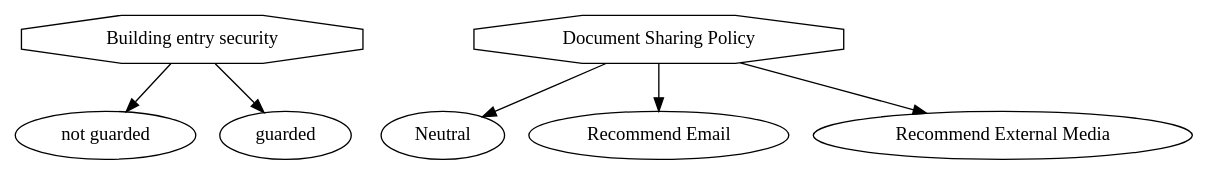
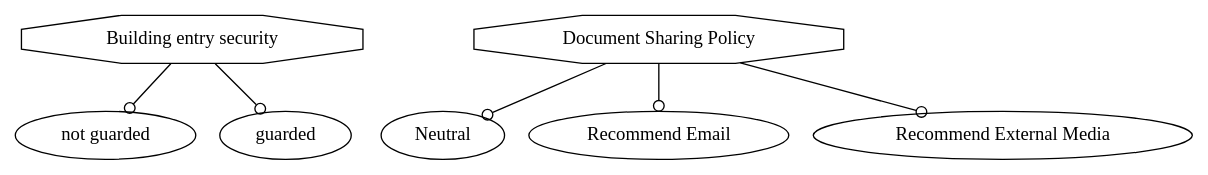
Before and after one commit to sbusari/RADAR2: the diagram in uk.ac.ucl.cs.results/BSPDM/graph/dgraph.dot, drawn with Graphviz. The commit also changed 46 other files, not shown here.

```diff
--- a/uk.ac.ucl.cs.results/BSPDM/graph/dgraph.dot
+++ b/uk.ac.ucl.cs.results/BSPDM/graph/dgraph.dot
@@ -1,9 +1,7 @@
 digraph G { 
-"Building entry security" [shape = polygon, sides =8] 
-"Building entry security" -> "not guarded"
-"Building entry security" -> "guarded"
-"Document Sharing Policy" [shape = polygon, sides =8] 
-"Document Sharing Policy" -> "Neutral"
-"Document Sharing Policy" -> "Recommend Email"
-"Document Sharing Policy" -> "Recommend External Media"
+"0"[label="Building entry security", shape = polygon, sides =8 ]"1"[label="not guarded"]"0" -> "1"[arrowhead= odot]
+"2"[label="guarded"]"0" -> "2"[arrowhead= odot]
+"3"[label="Document Sharing Policy", shape = polygon, sides =8 ]"4"[label="Neutral"]"3" -> "4"[arrowhead= odot]
+"5"[label="Recommend Email"]"3" -> "5"[arrowhead= odot]
+"6"[label="Recommend External Media"]"3" -> "6"[arrowhead= odot]
 }
```
